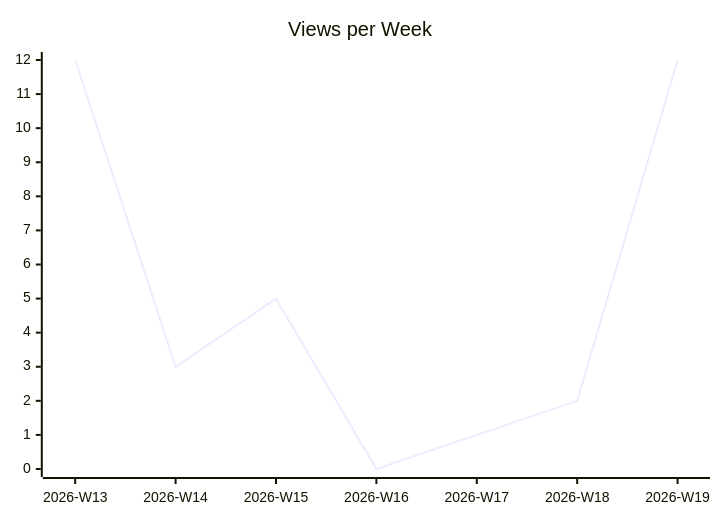
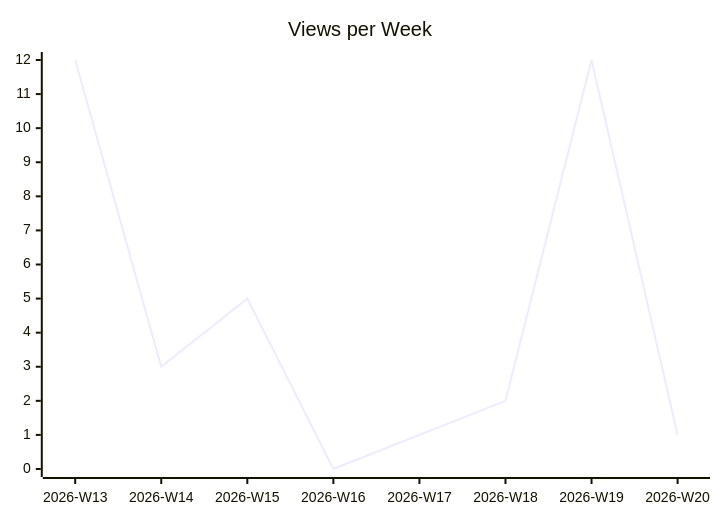
Before and after one commit to justdavis-family/github-analytics-data: the second of 3 diagrams in karlmdavis/xmlpull/README.md, drawn with Mermaid. The commit also changed other lines of this file and 176 other files, not shown here.

````diff
--- a/karlmdavis/xmlpull/README.md
+++ b/karlmdavis/xmlpull/README.md
@@ -12,6 +12,6 @@
 ```mermaid
 xychart-beta
   title "Views per Week"
-  x-axis ["2026-W13", "2026-W14", "2026-W15", "2026-W16", "2026-W17", "2026-W18", "2026-W19"]
-  line [12, 3, 5, 0, 1, 2, 12]
+  x-axis ["2026-W13", "2026-W14", "2026-W15", "2026-W16", "2026-W17", "2026-W18", "2026-W19", "2026-W20"]
+  line [12, 3, 5, 0, 1, 2, 12, 1]
 ```
````
